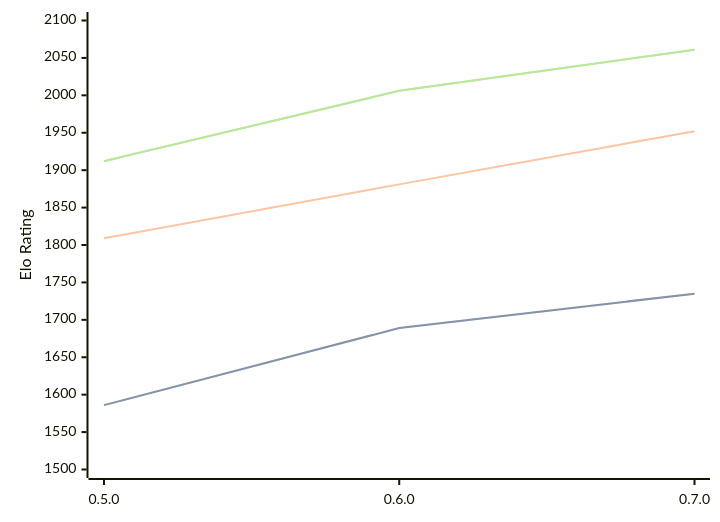
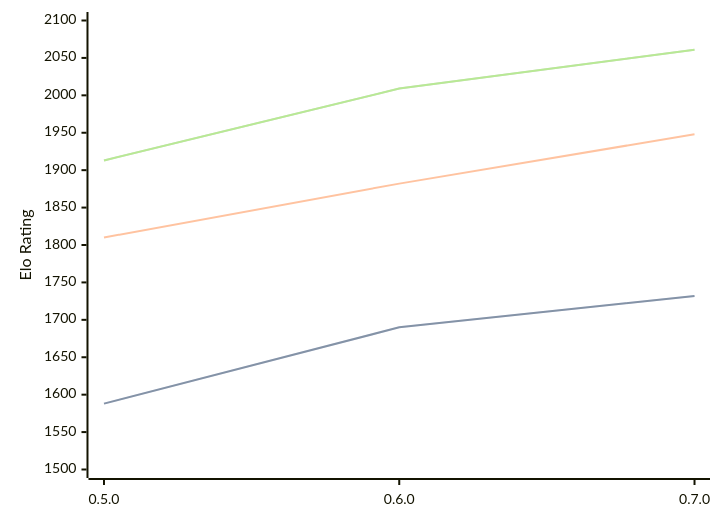
The diagram in engines/Chess-rs.md (computer-chess-index/cci), drawn with Mermaid before and after one commit. The commit also changed other lines of this file, not shown here.

Commit message:
Update CCI Ratings (ELO VLTC) - 2026-03-29

````diff
--- a/engines/Chess-rs.md
+++ b/engines/Chess-rs.md
@@ -41,11 +41,11 @@
 ```mermaid
 %%{init: {"theme":"base","themeVariables":{"seriesColors:['#a3a3a3','#222221','#faa371']}}}%%
 xychart-beta
   x-axis ["0.5.0", "0.6.0", "0.7.0"]
   y-axis "Elo Rating" 1500 --> 2100
-  line "STC (8.0+0.08s)" [1586, 1689, 1735]
-  line "STC (8.0+0.08s)" [1586, 1689, 1735]
-  line "LTC (60.0+0.60s)" [1809, 1881, 1952]
-  line "VLTC (2m24s+1.12s)" [1912, 2006, 2061]
-  line "VLTC (2m24s+1.12s)" [1912, 2006, 2061]
+  line "STC (8.0+0.08s)" [1588, 1690, 1732]
+  line "STC (8.0+0.08s)" [1588, 1690, 1732]
+  line "LTC (60.0+0.60s)" [1810, 1882, 1948]
+  line "VLTC (2m24s+1.12s)" [1913, 2009, 2061]
+  line "VLTC (2m24s+1.12s)" [1913, 2009, 2061]
 ```
````
